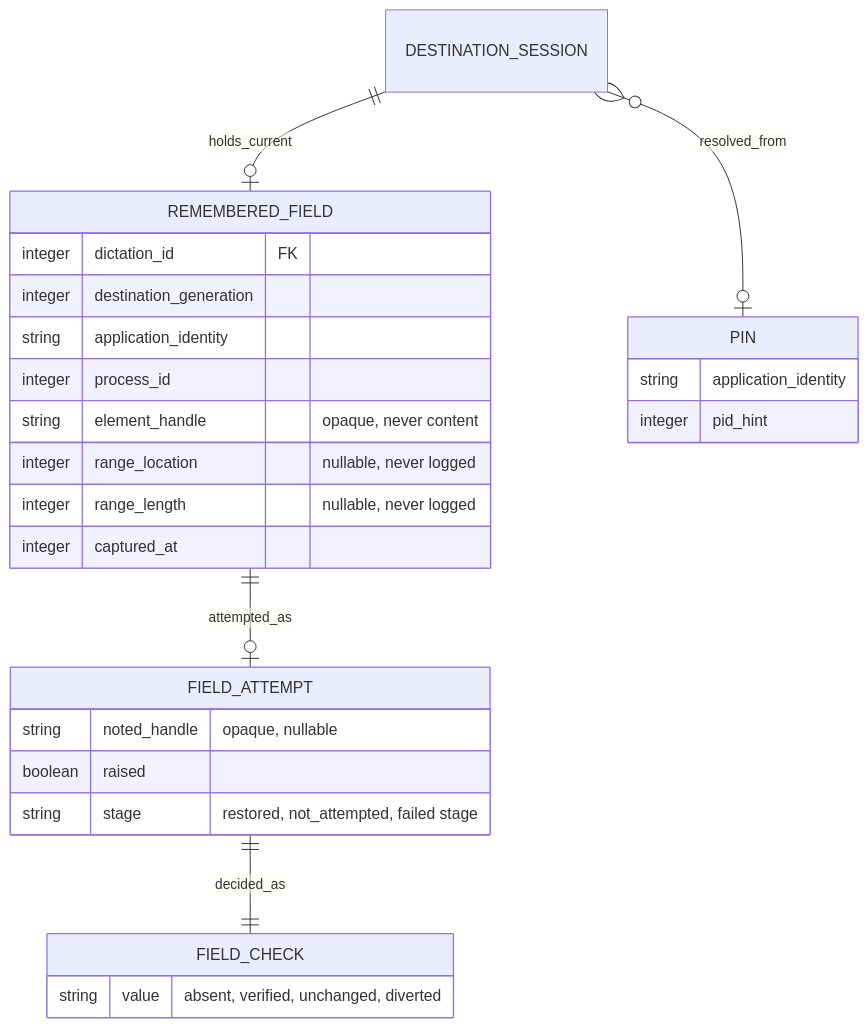
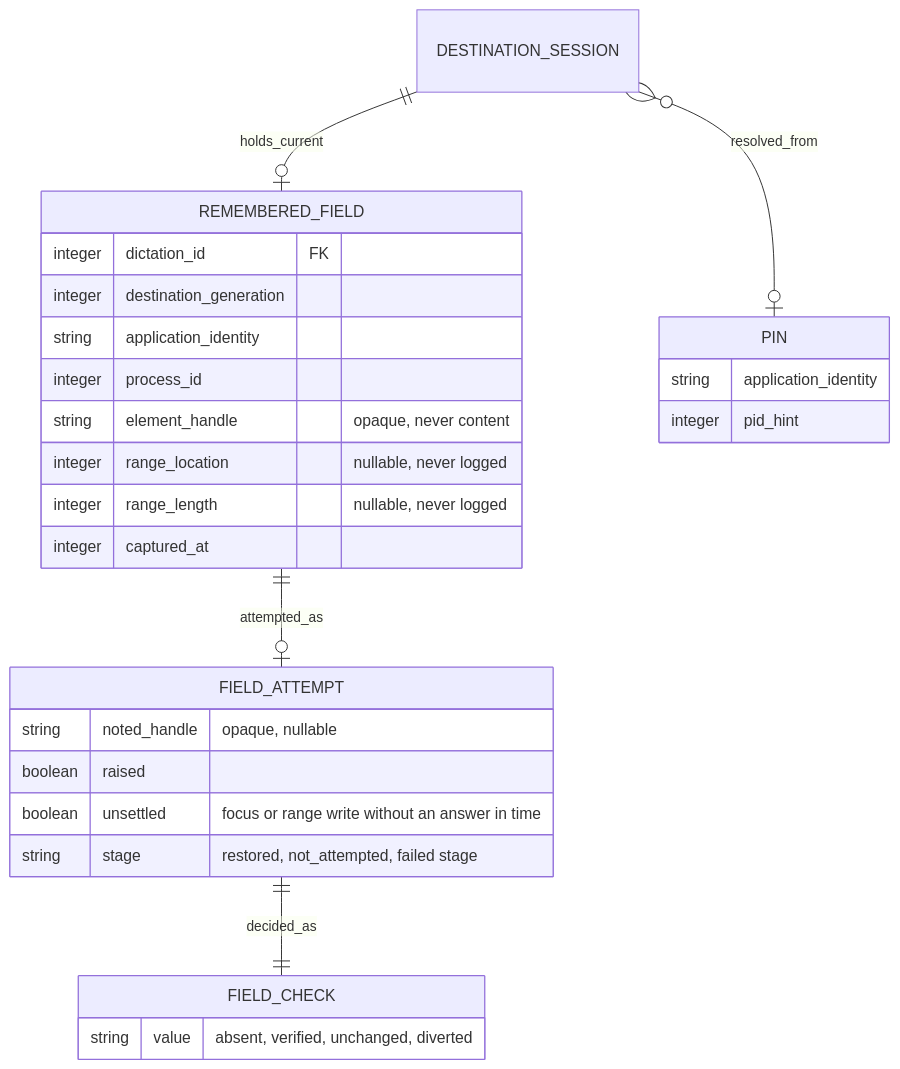
Before and after one commit to julien-m/handy: the fourth of 4 diagrams in .specs/features/011-dictation-field-return/plan.md, drawn with Mermaid. The commit also changed other lines of this file and 2 other files, not shown here.

````diff
--- a/.specs/features/011-dictation-field-return/plan.md
+++ b/.specs/features/011-dictation-field-return/plan.md
@@ -334,29 +342,30 @@
 ```mermaid
 erDiagram
     DESTINATION_SESSION ||--o| REMEMBERED_FIELD : holds_current
     DESTINATION_SESSION }o--o| PIN : resolved_from
     REMEMBERED_FIELD ||--o| FIELD_ATTEMPT : attempted_as
     FIELD_ATTEMPT ||--|| FIELD_CHECK : decided_as
     REMEMBERED_FIELD {
         integer dictation_id FK
         integer destination_generation
         string application_identity
         integer process_id
         string element_handle "opaque, never content"
         integer range_location "nullable, never logged"
         integer range_length "nullable, never logged"
         integer captured_at
     }
     FIELD_ATTEMPT {
         string noted_handle "opaque, nullable"
         boolean raised
+        boolean unsettled "focus or range write without an answer in time"
         string stage "restored, not_attempted, failed stage"
     }
     FIELD_CHECK {
         string value "absent, verified, unchanged, diverted"
     }
     PIN {
         string application_identity
         integer pid_hint
     }
 ```
````
